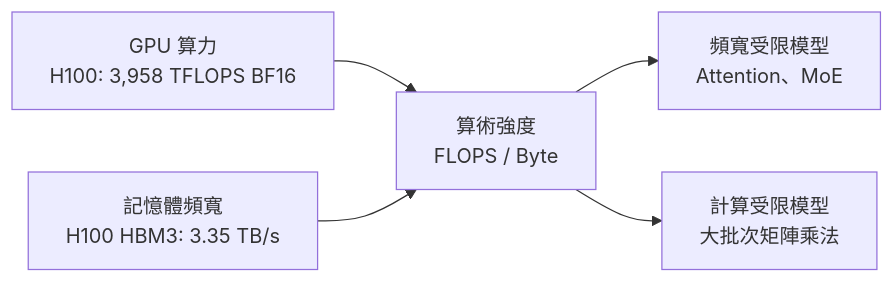
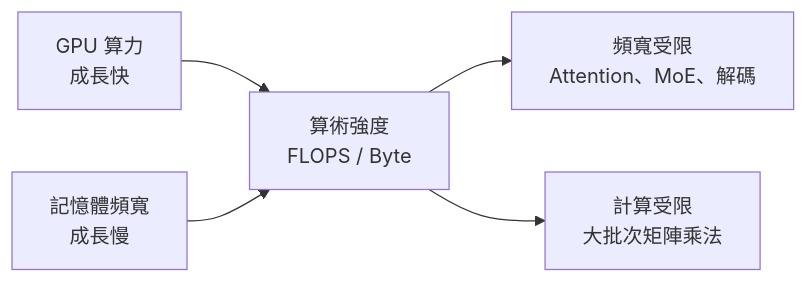
One commit to wizardhsiehcom/book changed the first of 3 diagrams in docs/cowos/07-hbm-integration.md. Above: the diagram before and after it, drawn with Mermaid. The commit also changed other lines of this file and 33 other files, not shown here.

````diff
--- a/docs/cowos/07-hbm-integration.md
+++ b/docs/cowos/07-hbm-integration.md
@@ -9,9 +9,8 @@
 ```mermaid
 graph LR
-    A["GPU 算力<br/>H100: 3,958 TFLOPS BF16"]
-    B["記憶體頻寬<br/>H100 HBM3: 3.35 TB/s"]
-    C["算術強度<br/>FLOPS / Byte"]
-    A & B --> C
-    C --> D["頻寬受限模型<br/>Attention、MoE"]
-    C --> E["計算受限模型<br/>大批次矩陣乘法"]
+    A["GPU 算力<br/>成長快"]
+    B["記憶體頻寬<br/>成長慢"]
+    A & B --> C["算術強度<br/>FLOPS / Byte"]
+    C --> D["頻寬受限<br/>Attention、MoE、解碼"]
+    C --> E["計算受限<br/>大批次矩陣乘法"]
 ```
````
